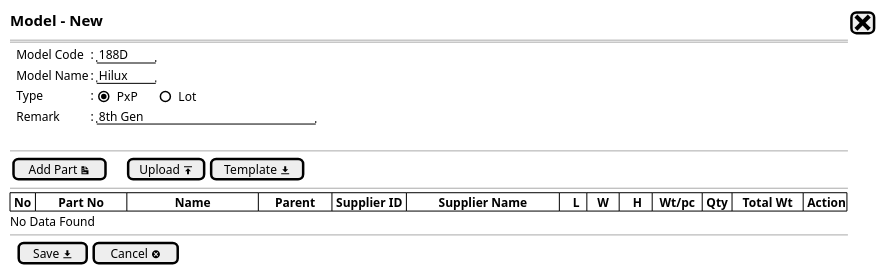
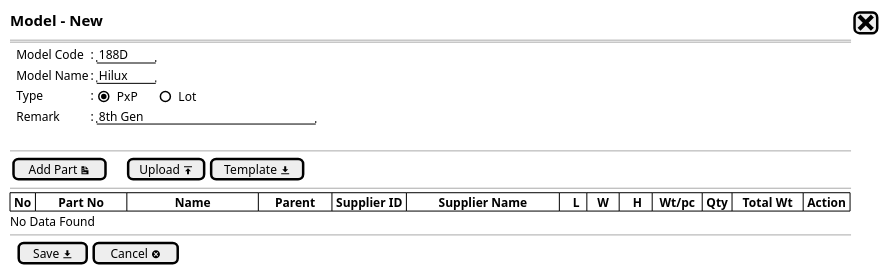
The diagram in Model/model - newstep1a.puml (ari-fikri/packing-cost-mockup), drawn with PlantUML before and after one commit. The commit also changed 5 other files, not shown here.

```diff
--- a/Model/model - newstep1a.puml
+++ b/Model/model - newstep1a.puml
@@ -1,28 +1,28 @@
 @startsalt
 {
   <size:15><b>Model - New |[<size:25><&x>]|*
   ==
   
   {   
     .|Model Code |: |"188D   "|*
     .|Model Name |: |"Hilux  "|*
     .|Type       |: { (X)PxP      |   ()Lot  }*    
     .|Remark     |: |"8th Gen                    "|*
   }
   .
 --
   {
     [Add Part <&document>]|.|.|.|[Upload <&data-transfer-upload>]| [Template <&data-transfer-download>]|
   }
   --
   {#
-    | <b>No |       <b>Part No       |               <b>Name               |     <b>Parent     | <b>Supplier ID |          <b>Supplier Name          |    <b>L  |   <b>W   |    <b>H   |  <b>Wt/pc  | <b>Qty |<b>   Total Wt   |<b> Action |*|*
+    | <b>No |       <b>Part No       |               <b>Name               |     <b>Parent     | <b>Supplier ID |          <b>Supplier Name          |    <b>L  |   <b>W   |    <b>H   |  <b>Wt/pc  | <b>Qty |<b>   Total Wt   | <b>Action |*|*
   }
   No Data Found
   --
   {
   .|[ Save <&data-transfer-download>] |  [Cancel <&circle-x> ]|*
   }
 }
 
   @endsalt
```
